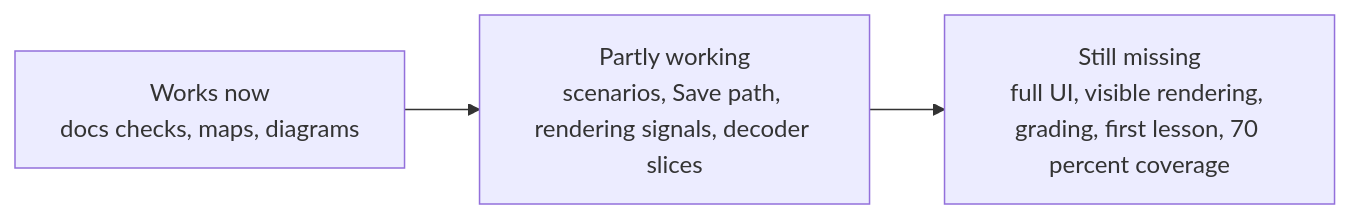
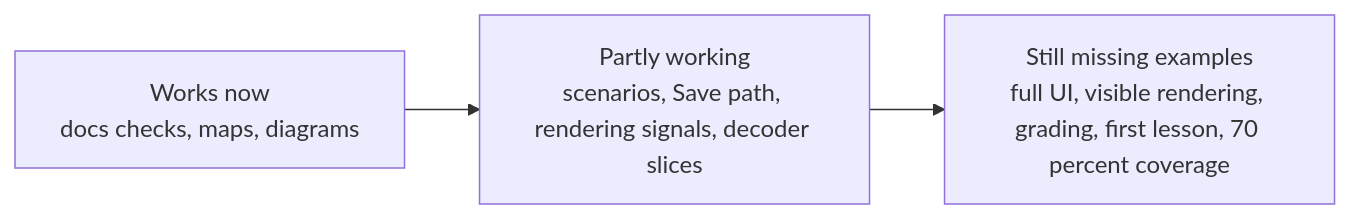
The fifth of 5 diagrams in README.md (rysweet/drinkme), drawn with Mermaid before and after one commit. The commit also changed other lines of this file and 2 other files, not shown here.

````diff
--- a/README.md
+++ b/README.md
@@ -123,5 +123,5 @@
 ```mermaid
 flowchart LR
   Works["Works now<br/>docs checks, maps, diagrams"] --> Partial["Partly working<br/>scenarios, Save path, rendering signals, decoder slices"]
-  Partial --> Missing["Still missing<br/>full UI, visible rendering, grading, first lesson, 70 percent coverage"]
+  Partial --> Missing["Still missing examples<br/>full UI, visible rendering, grading, first lesson, 70 percent coverage"]
 ```
````
